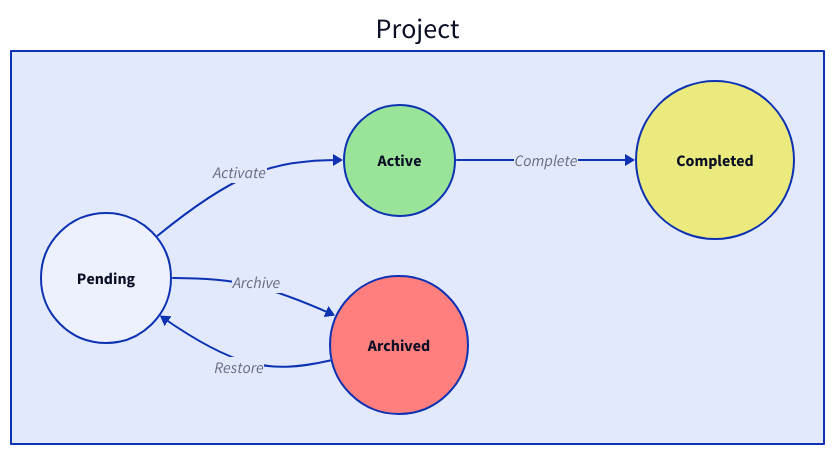
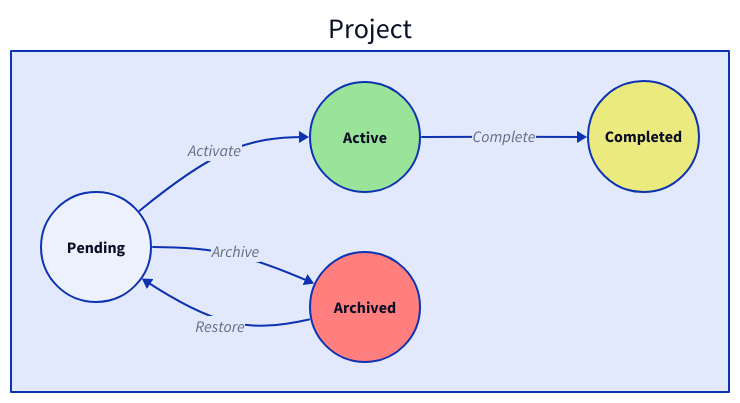
The diagram in assets/project.d2 (pleshevskiy/it-fsm), drawn with D2 before and after one commit. The commit also changed 6 other files, not shown here.

Commit message:
examples: regenerate diagrams using latest version of d2

```diff
--- a/assets/project.d2
+++ b/assets/project.d2
@@ -1,26 +1,36 @@
+# port: 43333
+# layout: dagre
+# theme: 101
+# pad: 0
+# sketch: true
+
 direction: right
 
 Project: {
   pen: Pending {
     shape: circle
+    width: 110
   }
   act: Active {
     shape: circle
     style.fill: "#9ae49a"
+    width: 110
   }
   com: Completed {
     shape: circle
     style.fill: "#eaea7e"
+    width: 110
   }
   arc: Archived {
     shape: circle
     style.fill: "#ff7e7e"
+    width: 110
   }
 
   pen -> act: Activate
   pen -> arc: Archive
 
   act -> com: Complete
 
   arc -> pen: Restore
 }
```
